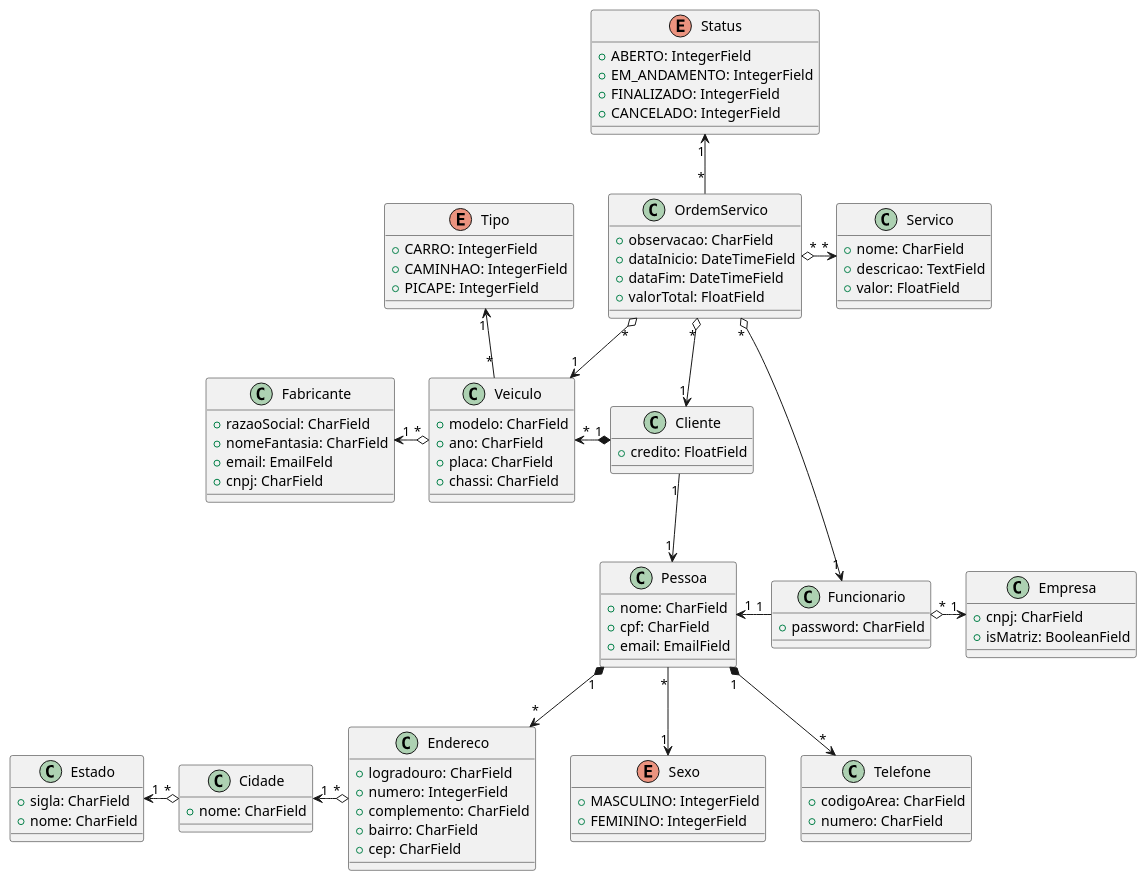
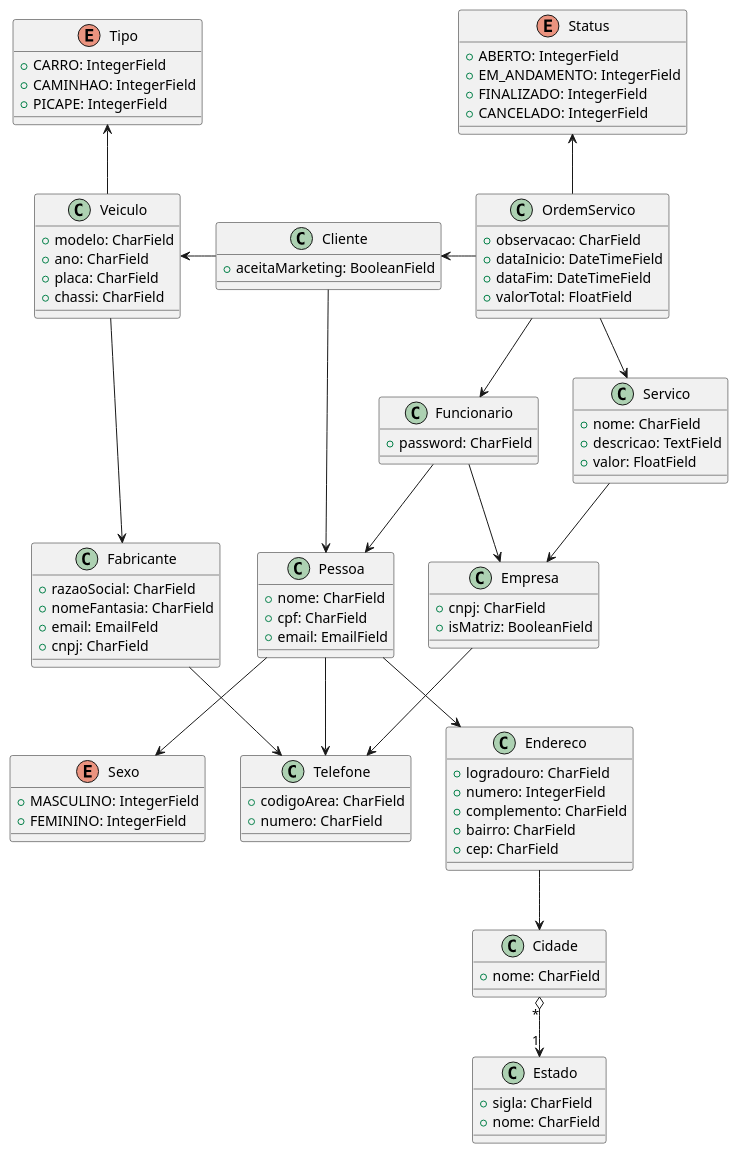
Before and after one commit to mateus1503/CarRepair: the diagram in uml_loja.puml, drawn with PlantUML. The commit also changed 24 other files, not shown here.

```diff
--- a/uml_loja.puml
+++ b/uml_loja.puml
@@ -1,113 +1,118 @@
 @startuml
 'https://plantuml.com/class-diagram
 
 class Pessoa {
     + nome: CharField
     + cpf: CharField
     + email: EmailField
 }
 
 class Funcionario {
     + password: CharField
 }
 
 class Cliente {
-    + credito: FloatField
+    + aceitaMarketing: BooleanField
 }
 
 enum Sexo {
     + MASCULINO: IntegerField
     + FEMININO: IntegerField
 }
 
 class Telefone {
     + codigoArea: CharField
     + numero: CharField
 }
 
 class Empresa {
     + cnpj: CharField
     + isMatriz: BooleanField
 }
 
 class Endereco {
     + logradouro: CharField
     + numero: IntegerField
     + complemento: CharField
     + bairro: CharField
     + cep: CharField
 }
 
 class Cidade {
     + nome: CharField
 }
 
 class Estado {
     + sigla: CharField
     + nome: CharField
 }
 
 class Fabricante {
     + razaoSocial: CharField
     + nomeFantasia: CharField
     + email: EmailFeld
     + cnpj: CharField
 }
 
 class Veiculo {
     + modelo: CharField
     + ano: CharField
     + placa: CharField
     + chassi: CharField
 }
 
 enum Tipo {
     + CARRO: IntegerField
     + CAMINHAO: IntegerField
     + PICAPE: IntegerField
 }
 
 class Servico {
     + nome: CharField
     + descricao: TextField
     + valor: FloatField
 }
 
 class OrdemServico {
     + observacao: CharField
     + dataInicio: DateTimeField
     + dataFim: DateTimeField
     + valorTotal: FloatField
 }
 
 enum Status {
     + ABERTO: IntegerField
     + EM_ANDAMENTO: IntegerField
     + FINALIZADO: IntegerField
     + CANCELADO: IntegerField
 }
 
-OrdemServico "*" o--> "1" Veiculo
-OrdemServico "*" o-left-> "1" Cliente
-OrdemServico "*" o--> "1" Funcionario
-OrdemServico "*" o-right-> "*" Servico
-OrdemServico "*" -up-> "1" Status
+OrdemServico -left-> Cliente
+OrdemServico --> Funcionario
+OrdemServico --> Servico
+OrdemServico -up-> Status
 
-Veiculo "*" -up-> "1" Tipo
-Veiculo "*" o-left-> "1" Fabricante
+Servico --> Empresa
 
-Funcionario "1" -left-> "1" Pessoa
-Funcionario "*" o-right-> "1" Empresa
+Veiculo -up-> Tipo
+Veiculo --> Fabricante
 
-Cliente "1" --> "1" Pessoa
-Cliente "1" *-left-> "*" Veiculo
+Fabricante --> Telefone
 
-Pessoa "1" *-down-> "*" Endereco
-Pessoa "1" *--> "*" Telefone
-Pessoa "*" --> "1" Sexo
+Empresa --> Telefone
 
-Endereco "*" o-left-> "1" Cidade
+Pessoa --> Sexo
+Pessoa --> Telefone
+Pessoa --> Endereco
 
-Cidade "*" o-left-> "1" Estado
+Funcionario --> Pessoa
+Funcionario --> Empresa
+
+Cliente --> Pessoa
+Cliente -left-> Veiculo
+
+Endereco --> Cidade
+
+Cidade "*" o--> "1" Estado
 
 @enduml
```
